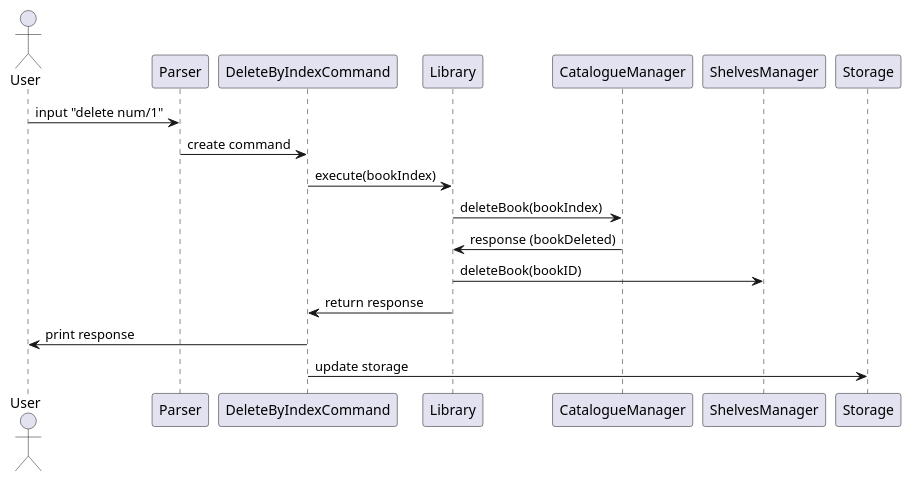
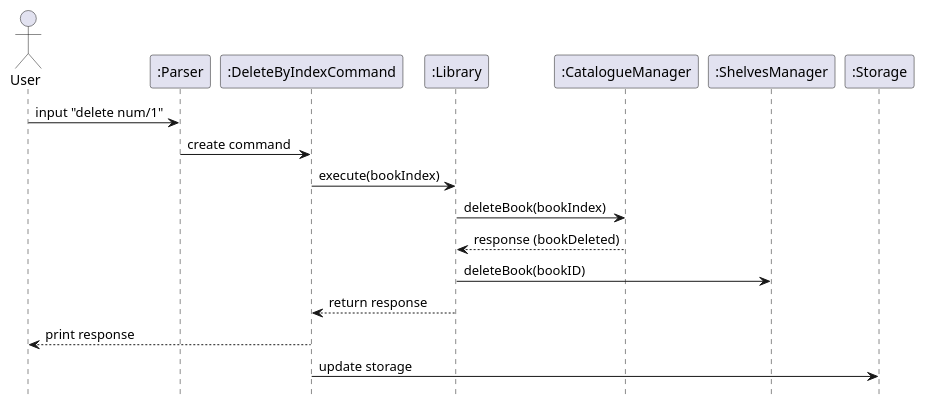
One commit to eth4n22/tp changed the diagram in docs/diagrams/DeleteByIndexSeqeuence.puml. Above: the diagram before and after it, drawn with PlantUML. The commit also changed 6 other files, not shown here.

Commit message:
Updated DG: added archi diagram, deletebyIndex sequence diagrams, library component

```diff
--- a/docs/diagrams/DeleteByIndexSeqeuence.puml
+++ b/docs/diagrams/DeleteByIndexSeqeuence.puml
@@ -1,20 +1,21 @@
 @startuml
+hide footbox
 actor User
-participant Parser
-participant DeleteByIndexCommand
-participant Library
-participant CatalogueManager
-participant ShelvesManager
-participant Storage
+participant ":Parser"
+participant ":DeleteByIndexCommand"
+participant ":Library"
+participant ":CatalogueManager"
+participant ":ShelvesManager"
+participant ":Storage"
 
-User -> Parser : input "delete num/1"
-Parser -> DeleteByIndexCommand : create command
-DeleteByIndexCommand -> Library : execute(bookIndex)
-Library -> CatalogueManager : deleteBook(bookIndex)
-CatalogueManager -> Library : response (bookDeleted)
-Library -> ShelvesManager : deleteBook(bookID)
-Library -> DeleteByIndexCommand : return response
-DeleteByIndexCommand -> User : print response
-DeleteByIndexCommand -> Storage : update storage
+User -> ":Parser" : input "delete num/1"
+":Parser" -> ":DeleteByIndexCommand" : create command
+":DeleteByIndexCommand" -> ":Library" : execute(bookIndex)
+":Library" -> ":CatalogueManager" : deleteBook(bookIndex)
+":CatalogueManager" --> ":Library" : response (bookDeleted)
+":Library" -> ":ShelvesManager" : deleteBook(bookID)
+":Library" --> ":DeleteByIndexCommand" : return response
+":DeleteByIndexCommand" --> User : print response
+":DeleteByIndexCommand" -> ":Storage" : update storage
 
 @enduml
```
